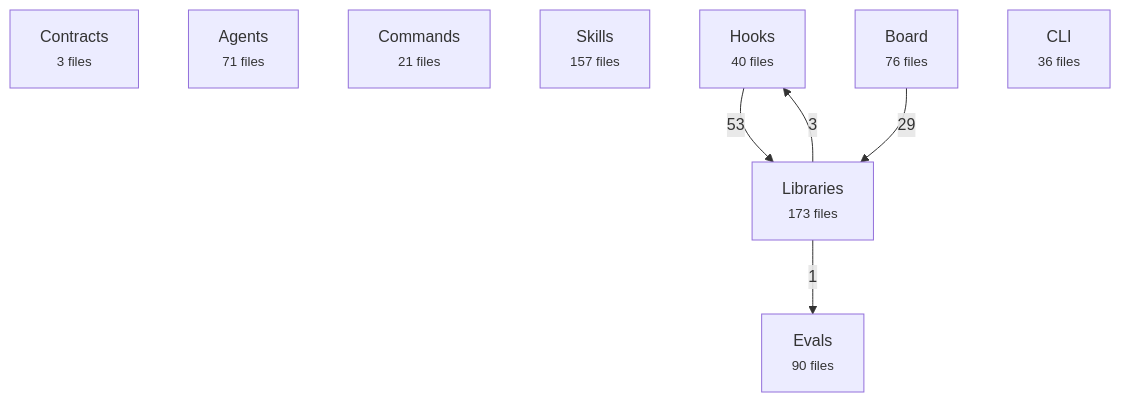
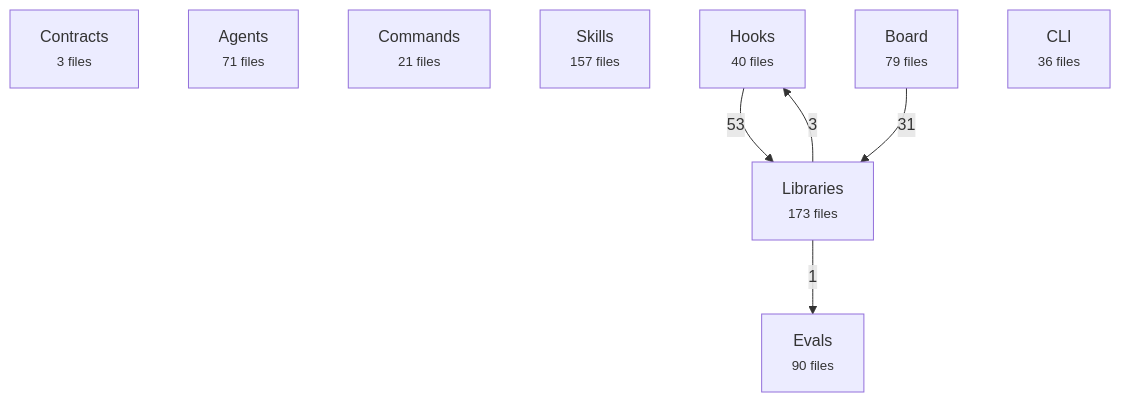
One commit to avelikiy/great_cto changed the first of 2 diagrams in docs/reference/architecture-map.md. Above: the diagram before and after it, drawn with Mermaid. The commit also changed other lines of this file and 10 other files, not shown here.

````diff
--- a/docs/reference/architecture-map.md
+++ b/docs/reference/architecture-map.md
@@ -20,16 +20,16 @@
 ```mermaid
 flowchart TD
   contracts["Contracts<br/><small>3 files</small>"]
   agents["Agents<br/><small>71 files</small>"]
   commands["Commands<br/><small>21 files</small>"]
   skills["Skills<br/><small>157 files</small>"]
   hooks["Hooks<br/><small>40 files</small>"]
   libs["Libraries<br/><small>173 files</small>"]
-  board["Board<br/><small>76 files</small>"]
+  board["Board<br/><small>79 files</small>"]
   cli["CLI<br/><small>36 files</small>"]
   evals["Evals<br/><small>90 files</small>"]
   hooks -->|53| libs
-  board -->|29| libs
+  board -->|31| libs
   libs -->|3| hooks
   libs -->|1| evals
 ```
````
